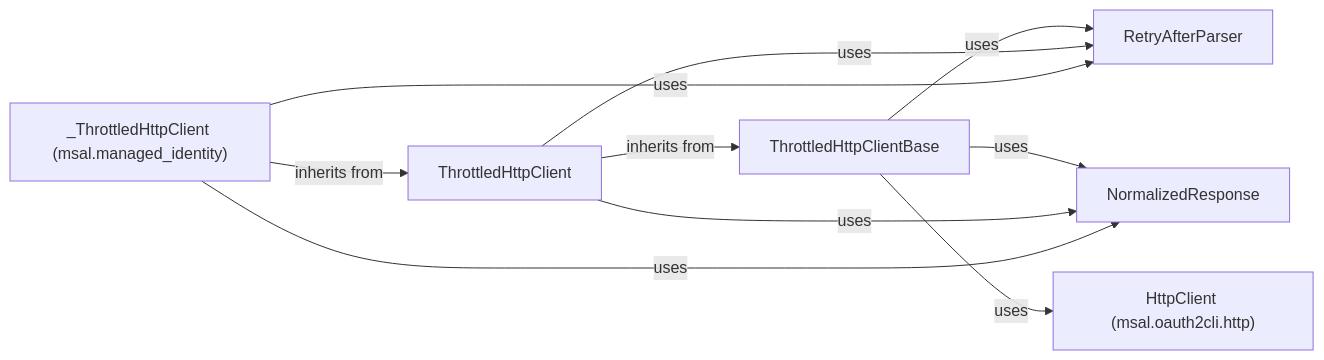
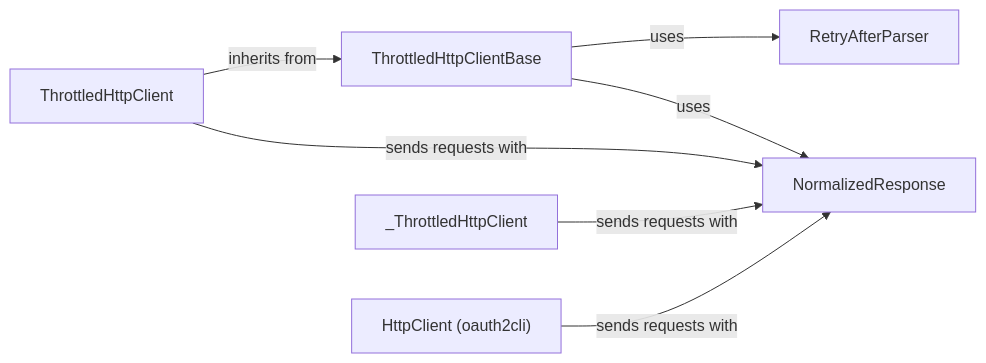
One commit to CodeBoarding/GeneratedOnBoardings changed the diagram in microsoft-authentication-library-for-python/Network Communication Handler.md. Above: the diagram before and after it, drawn with Mermaid. The commit also changed other lines of this file and 14 other files, not shown here.

````diff
--- a/microsoft-authentication-library-for-python/Network Communication Handler.md
+++ b/microsoft-authentication-library-for-python/Network Communication Handler.md
@@ -1,18 +1,15 @@
 ```mermaid
 graph LR
     ThrottledHttpClientBase["ThrottledHttpClientBase"]
     ThrottledHttpClient["ThrottledHttpClient"]
+    _ThrottledHttpClient["_ThrottledHttpClient"]
+    HttpClient_oauth2cli_["HttpClient (oauth2cli)"]
     RetryAfterParser["RetryAfterParser"]
     NormalizedResponse["NormalizedResponse"]
-    HttpClient_msal_oauth2cli_http_["HttpClient (msal.oauth2cli.http)"]
-    _ThrottledHttpClient_msal_managed_identity_["_ThrottledHttpClient (msal.managed_identity)"]
     ThrottledHttpClient -- "inherits from" --> ThrottledHttpClientBase
     ThrottledHttpClientBase -- "uses" --> RetryAfterParser
     ThrottledHttpClientBase -- "uses" --> NormalizedResponse
-    ThrottledHttpClientBase -- "uses" --> HttpClient_msal_oauth2cli_http_
-    ThrottledHttpClient -- "uses" --> RetryAfterParser
-    ThrottledHttpClient -- "uses" --> NormalizedResponse
-    _ThrottledHttpClient_msal_managed_identity_ -- "inherits from" --> ThrottledHttpClient
-    _ThrottledHttpClient_msal_managed_identity_ -- "uses" --> RetryAfterParser
-    _ThrottledHttpClient_msal_managed_identity_ -- "uses" --> NormalizedResponse
+    ThrottledHttpClient -- "sends requests with" --> NormalizedResponse
+    _ThrottledHttpClient -- "sends requests with" --> NormalizedResponse
+    HttpClient_oauth2cli_ -- "sends requests with" --> NormalizedResponse
 ```
````
